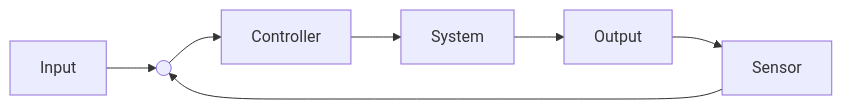
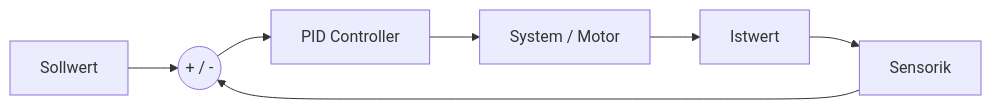
The diagram in docs/steam/Entwicklungskonzept-GalaxyRVR.md (ju1-eu/mars-rover), drawn with Mermaid before and after one commit. The commit also changed other lines of this file and 5 other files, not shown here.

````diff
--- a/docs/steam/Entwicklungskonzept-GalaxyRVR.md
+++ b/docs/steam/Entwicklungskonzept-GalaxyRVR.md
@@ -20,9 +27,9 @@
 ```mermaid
-flowchart LR
-    R[Input] --> SUM(( ))
-    SUM --> C[Controller]
-    C --> P[System]
-    P --> Y[Output]
-    Y --> S[Sensor]
+graph LR
+    R[Sollwert] --> SUM((+ / -))
+    SUM --> C[PID Controller]
+    C --> P[System / Motor]
+    P --> Y[Istwert]
+    Y --> S[Sensorik]
     S --> SUM
 ```
````
